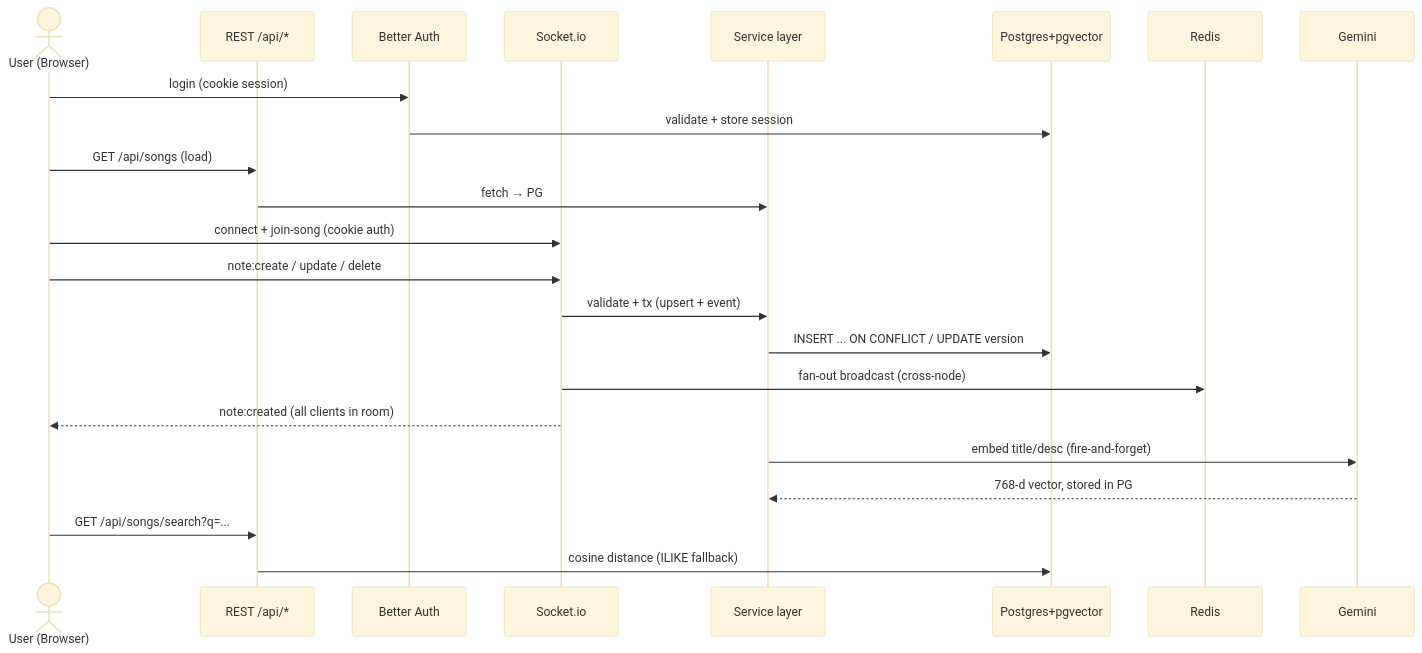
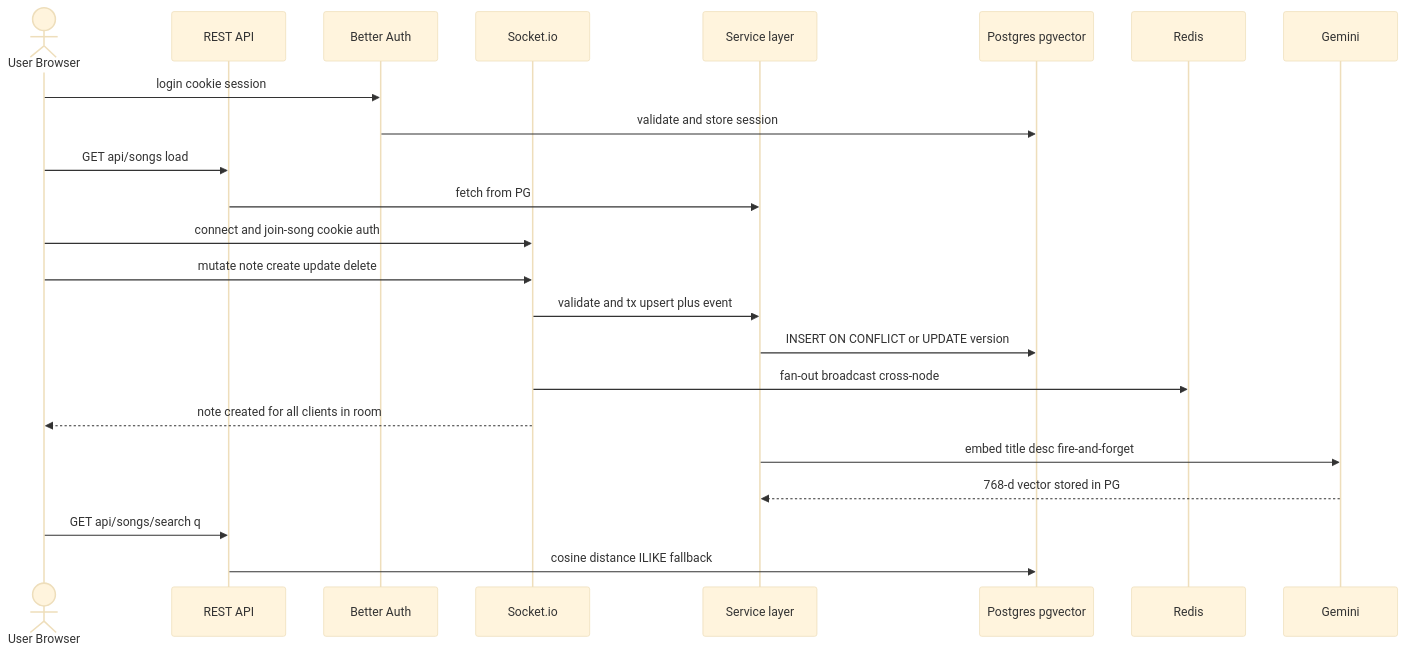
Before and after one commit to giangld04/midi-casestudy: the second of 8 diagrams in docs/architecture.md, drawn with Mermaid (base theme). The commit also changed other lines of this file and 13 other files, not shown here.

````diff
--- a/docs/architecture.md
+++ b/docs/architecture.md
@@ -30,26 +30,26 @@
 ```mermaid
 sequenceDiagram
-  actor U as User (Browser)
-  participant API as REST /api/*
+  actor U as User Browser
+  participant API as REST API
   participant Auth as Better Auth
   participant IO as Socket.io
   participant SVC as Service layer
-  participant PG as Postgres+pgvector
+  participant PG as Postgres pgvector
   participant RD as Redis
   participant GEM as Gemini
 
-  U->>Auth: login (cookie session)
-  Auth->>PG: validate + store session
-  U->>API: GET /api/songs (load)
-  API->>SVC: fetch → PG
-  U->>IO: connect + join-song (cookie auth)
-  U->>IO: note:create / update / delete
-  IO->>SVC: validate + tx (upsert + event)
-  SVC->>PG: INSERT ... ON CONFLICT / UPDATE version
-  IO->>RD: fan-out broadcast (cross-node)
-  IO-->>U: note:created (all clients in room)
-  SVC->>GEM: embed title/desc (fire-and-forget)
-  GEM-->>SVC: 768-d vector, stored in PG
-  U->>API: GET /api/songs/search?q=...
-  API->>PG: cosine distance (ILIKE fallback)
+  U->>Auth: login cookie session
+  Auth->>PG: validate and store session
+  U->>API: GET api/songs load
+  API->>SVC: fetch from PG
+  U->>IO: connect and join-song cookie auth
+  U->>IO: mutate note create update delete
+  IO->>SVC: validate and tx upsert plus event
+  SVC->>PG: INSERT ON CONFLICT or UPDATE version
+  IO->>RD: fan-out broadcast cross-node
+  IO-->>U: note created for all clients in room
+  SVC->>GEM: embed title desc fire-and-forget
+  GEM-->>SVC: 768-d vector stored in PG
+  U->>API: GET api/songs/search q
+  API->>PG: cosine distance ILIKE fallback
 ```
````
